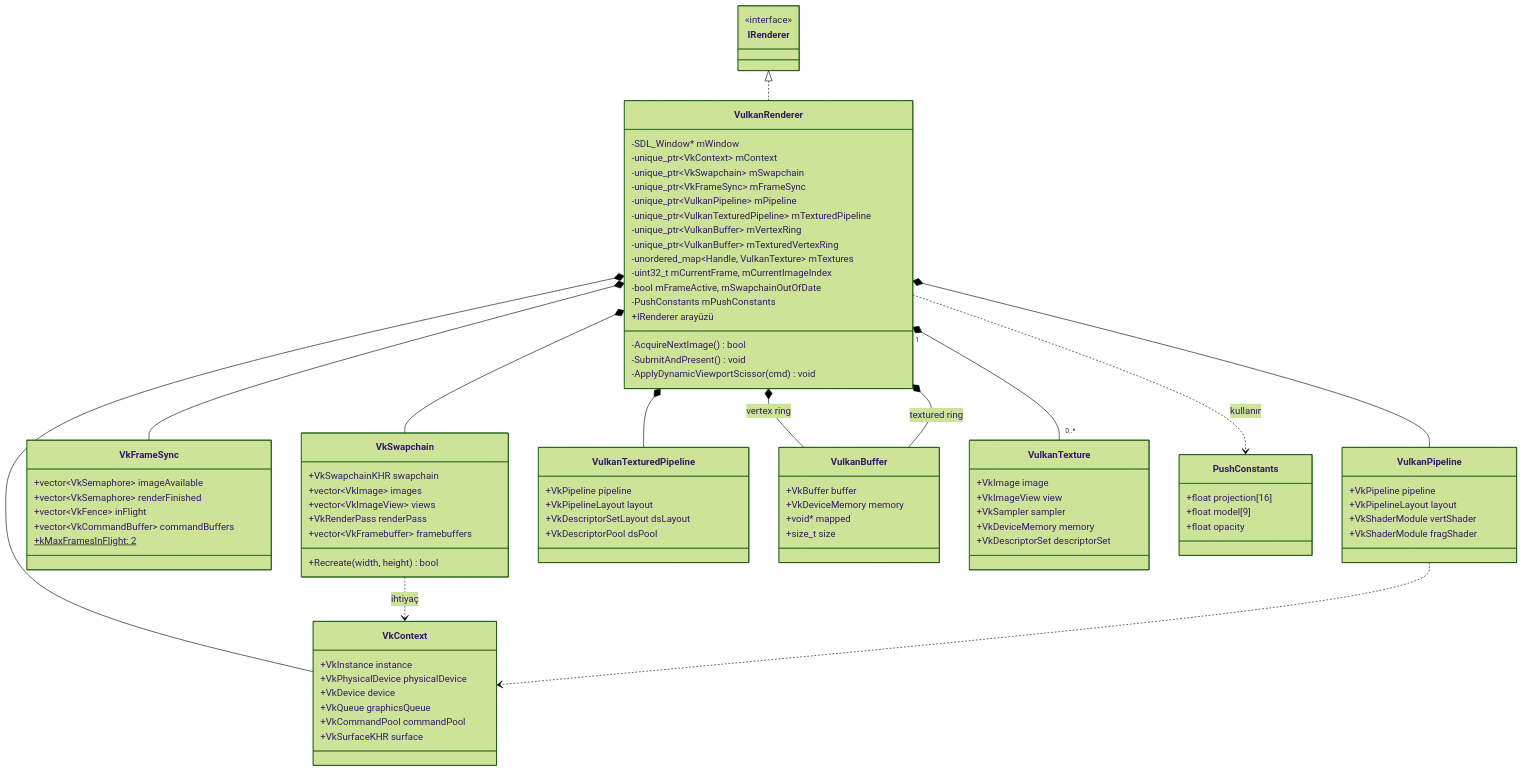
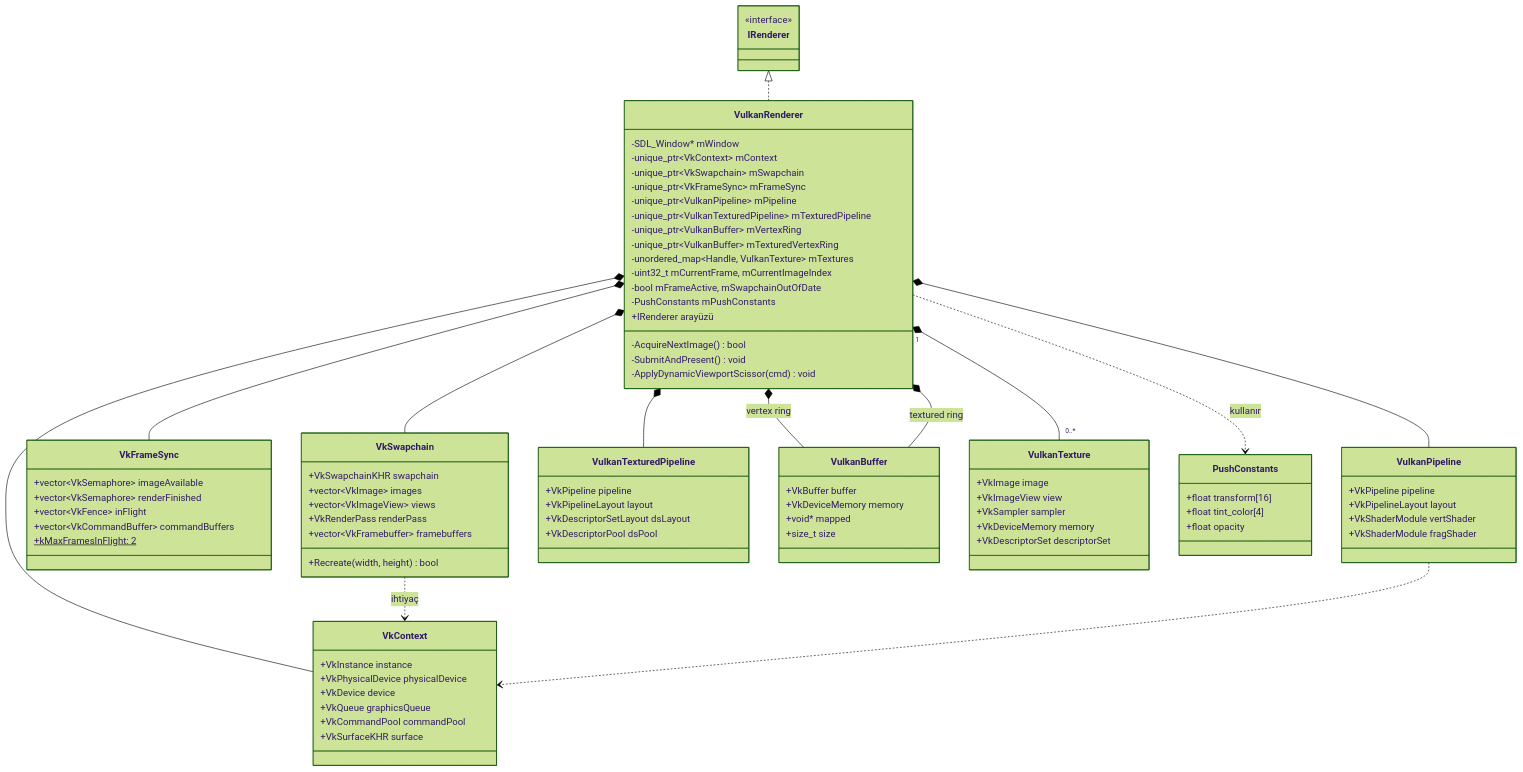
One commit to yazilimperver/sdl-painter changed the fifth of 6 diagrams in doc/sinif-diyagrami.md. Above: the diagram before and after it, drawn with Mermaid (forest theme). The commit also changed other lines of this file and 10 other files, not shown here.

```diff
--- a/doc/sinif-diyagrami.md
+++ b/doc/sinif-diyagrami.md
@@ -426,8 +434,8 @@
     }
 
     class PushConstants {
-        +float projection[16]
-        +float model[9]
+        +float transform[16]
+        +float tint_color[4]
         +float opacity
     }
 
```
